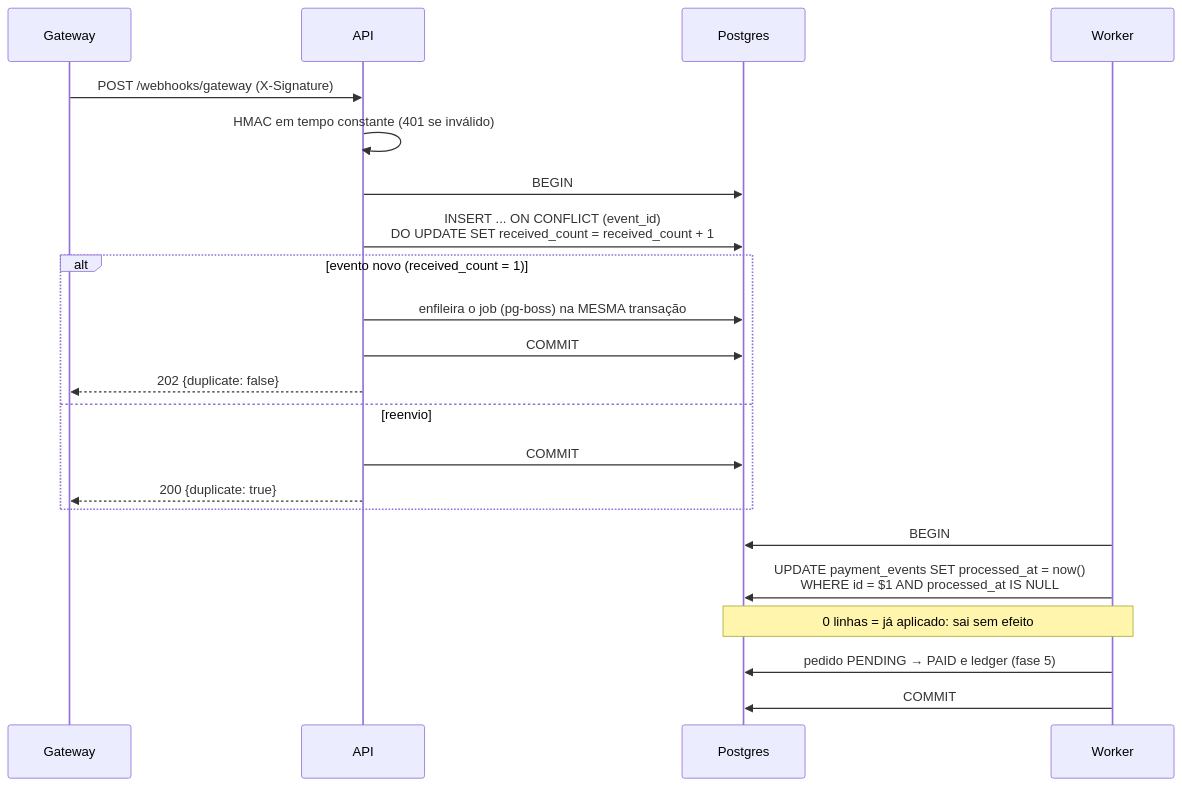
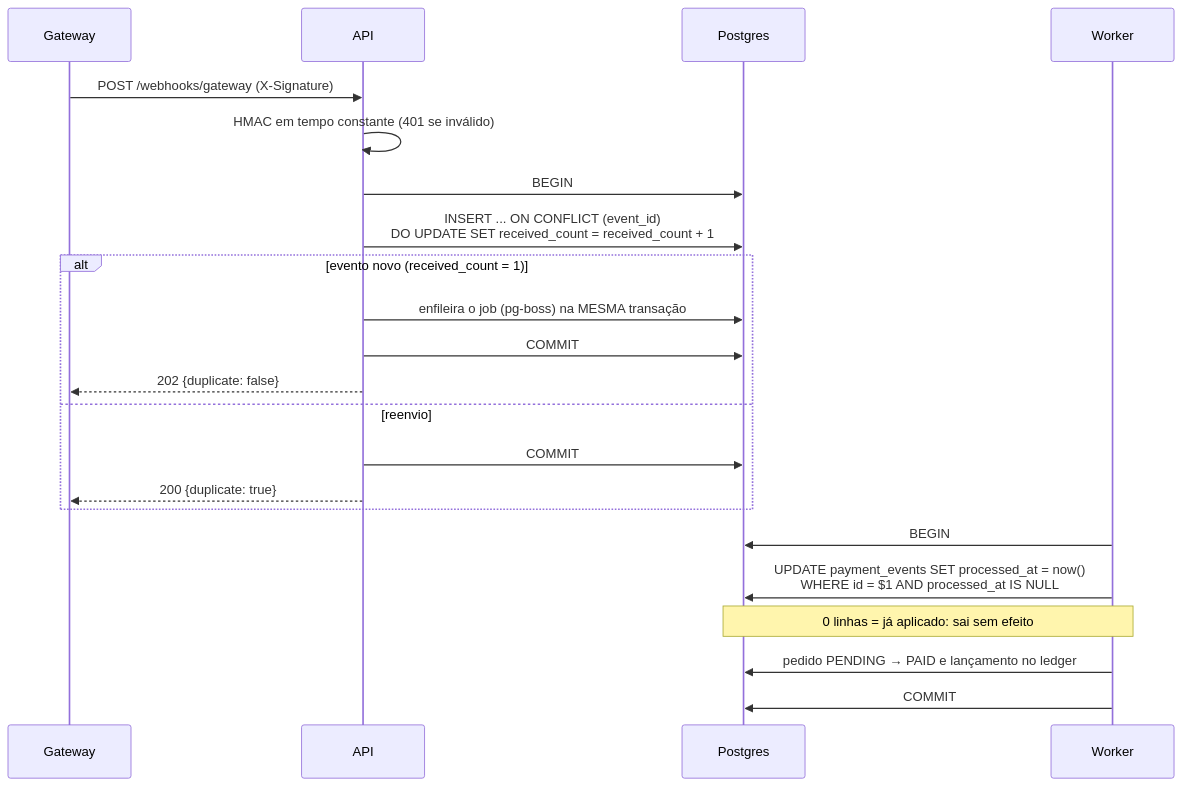
One commit to devBandeiraa/reconcilia changed the second of 3 diagrams in README.md. Above: the diagram before and after it, drawn with Mermaid. The commit also changed other lines of this file and 7 other files, not shown here.

````diff
--- a/README.md
+++ b/README.md
@@ -182,24 +187,24 @@
 ```mermaid
 sequenceDiagram
   participant G as Gateway
   participant A as API
   participant DB as Postgres
   participant W as Worker
   G->>A: POST /webhooks/gateway (X-Signature)
   A->>A: HMAC em tempo constante (401 se inválido)
   A->>DB: BEGIN
   A->>DB: INSERT ... ON CONFLICT (event_id)<br/>DO UPDATE SET received_count = received_count + 1
   alt evento novo (received_count = 1)
     A->>DB: enfileira o job (pg-boss) na MESMA transação
     A->>DB: COMMIT
     A-->>G: 202 {duplicate: false}
   else reenvio
     A->>DB: COMMIT
     A-->>G: 200 {duplicate: true}
   end
   W->>DB: BEGIN
   W->>DB: UPDATE payment_events SET processed_at = now()<br/>WHERE id = $1 AND processed_at IS NULL
   Note over W,DB: 0 linhas = já aplicado: sai sem efeito
-  W->>DB: pedido PENDING → PAID e ledger (fase 5)
+  W->>DB: pedido PENDING → PAID e lançamento no ledger
   W->>DB: COMMIT
 ```
````
